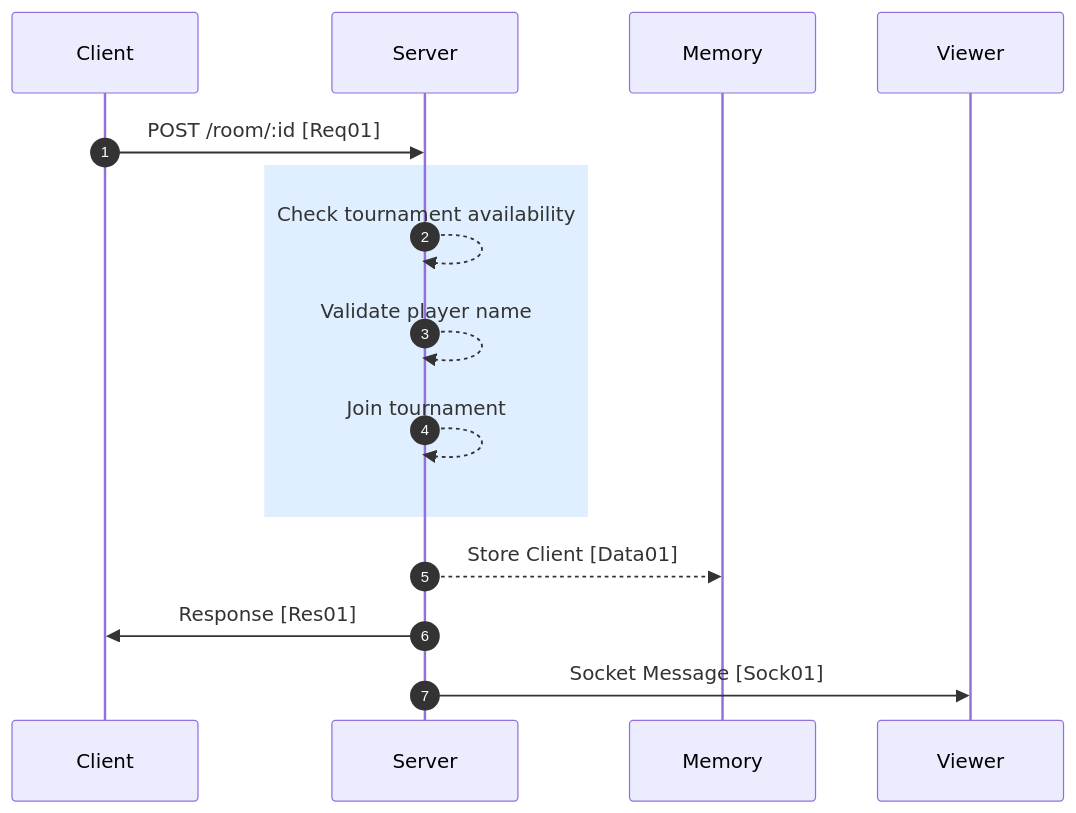
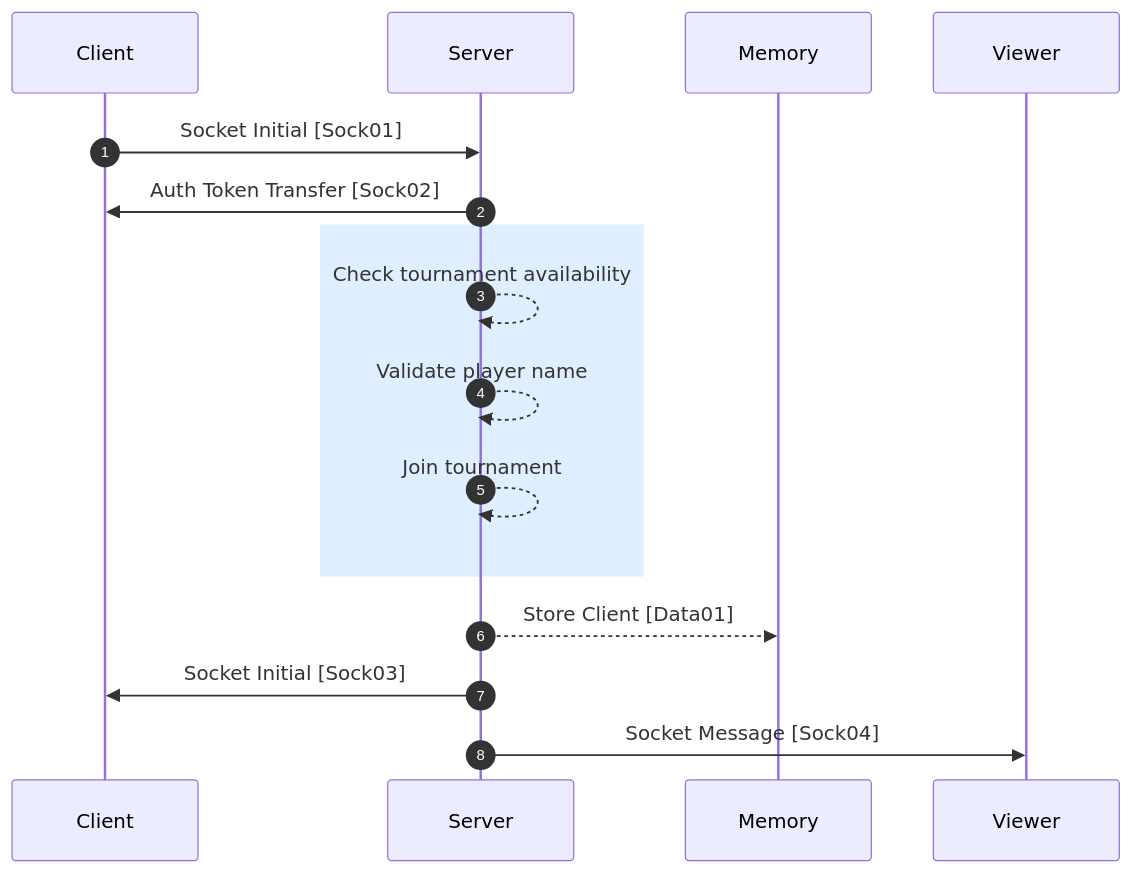
One commit to the-ai-team/razor changed the first of 2 diagrams in docs/communication/protocol/join-tournament.md. Above: the diagram before and after it, drawn with Mermaid. The commit also changed other lines of this file and 1 other file, not shown here.

First line of the commit message:
docs(protocols): add initial socket protocols

````diff
--- a/docs/communication/protocol/join-tournament.md
+++ b/docs/communication/protocol/join-tournament.md
@@ -5,20 +5,21 @@
 ```mermaid
 sequenceDiagram
     autonumber
     participant C as Client
     participant S as Server
     participant M as Memory
     participant V as Viewer
 
-    C->>S: POST /room/:id [Req01]
+    C->>S: Socket Initial [Sock01]
+    S->>C: Auth Token Transfer [Sock02]
 
     rect rgba(191, 223, 255, 0.5)
         S-->>S: Check tournament availability
         S-->>S: Validate player name
         S-->>S: Join tournament
     end
 
     S-->>M: Store Client [Data01]
-    S->>C: Response [Res01]
-    S->>V: Socket Message [Sock01]
+    S->>C: Socket Initial [Sock03]
+    S->>V: Socket Message [Sock04]
 ```
````
